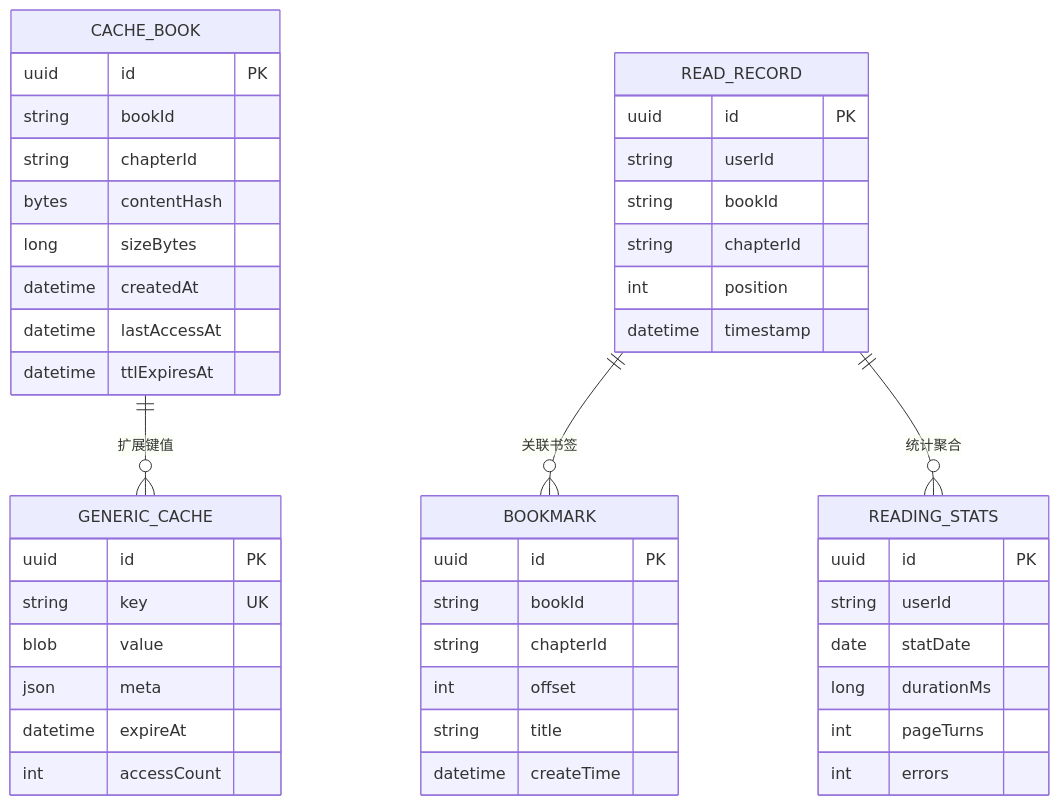
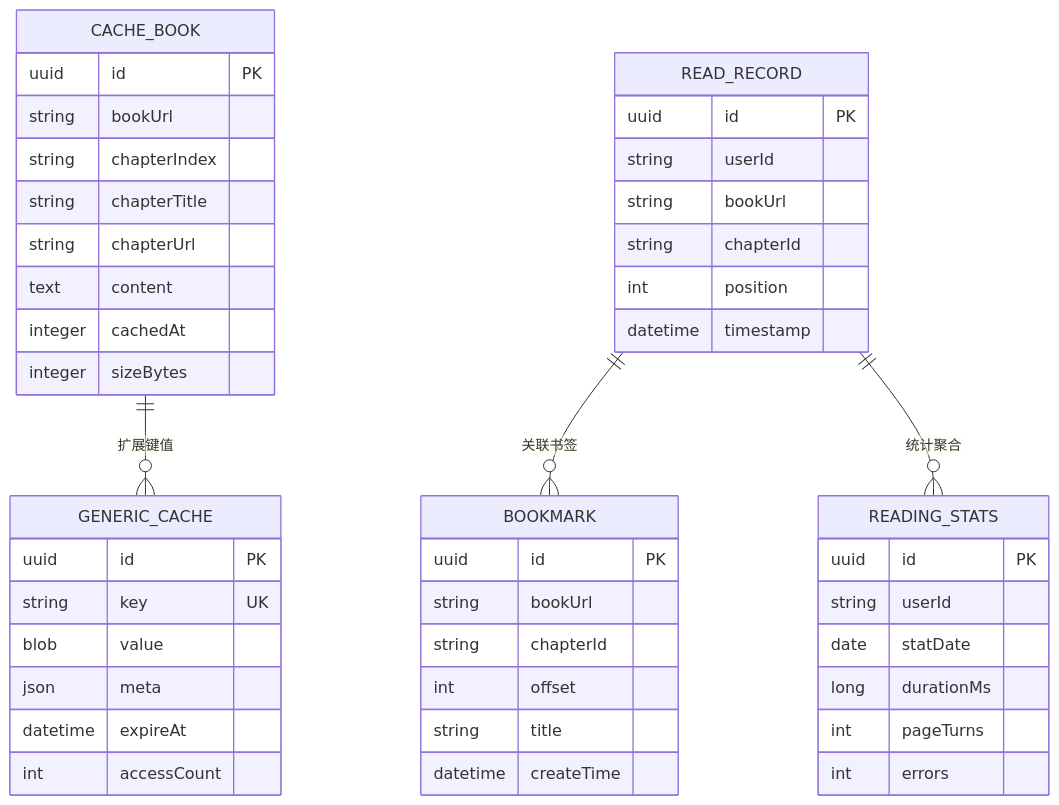
Before and after one commit to ZhangGHGitHub/LegadoTeamFlutter: the fifth of 7 diagrams in .qoder/repowiki/zh/content/书籍处理系统/缓存管理.md, drawn with Mermaid. The commit also changed other lines of this file and 173 other files, not shown here.

````diff
--- a/.qoder/repowiki/zh/content/书籍处理系统/缓存管理.md
+++ b/.qoder/repowiki/zh/content/书籍处理系统/缓存管理.md
@@ -286,48 +311,48 @@
 ```mermaid
 erDiagram
 CACHE_BOOK {
 uuid id PK
-string bookId
-string chapterId
-bytes contentHash
-long sizeBytes
-datetime createdAt
-datetime lastAccessAt
-datetime ttlExpiresAt
+string bookUrl
+string chapterIndex
+string chapterTitle
+string chapterUrl
+text content
+integer cachedAt
+integer sizeBytes
 }
 GENERIC_CACHE {
 uuid id PK
 string key UK
 blob value
 json meta
 datetime expireAt
 int accessCount
 }
 READ_RECORD {
 uuid id PK
 string userId
-string bookId
+string bookUrl
 string chapterId
 int position
 datetime timestamp
 }
 BOOKMARK {
 uuid id PK
-string bookId
+string bookUrl
 string chapterId
 int offset
 string title
 datetime createTime
 }
 READING_STATS {
 uuid id PK
 string userId
 date statDate
 long durationMs
 int pageTurns
 int errors
 }
 CACHE_BOOK ||--o{ GENERIC_CACHE : "扩展键值"
 READ_RECORD ||--o{ BOOKMARK : "关联书签"
 READ_RECORD ||--o{ READING_STATS : "统计聚合"
 ```
````
